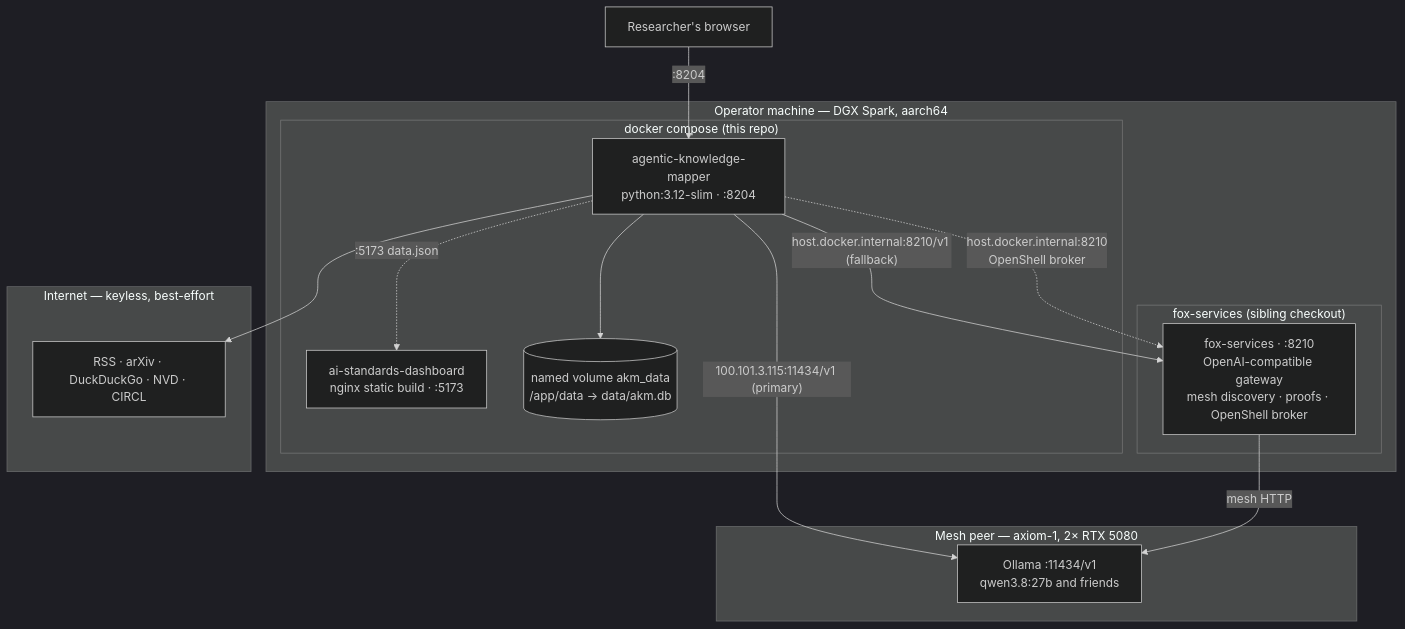
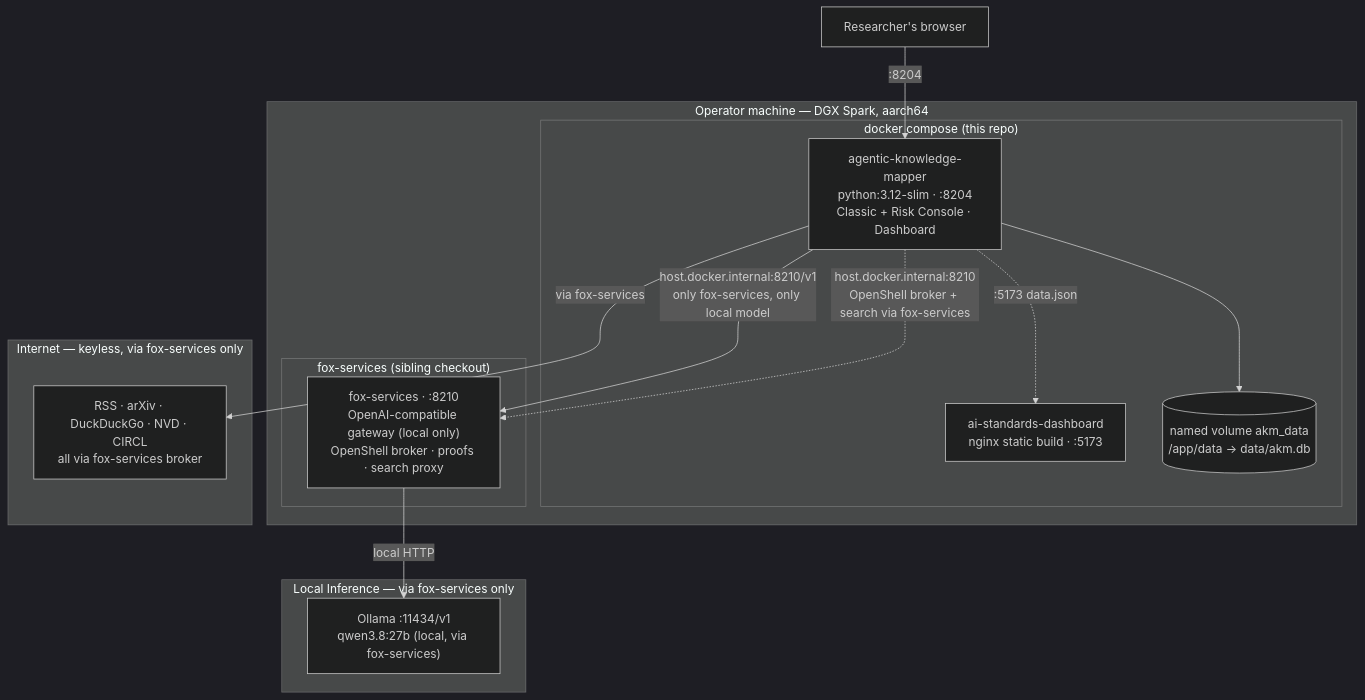
Before and after one commit to harishgovardhandamodar/agentic-knowledge-mapper: the third of 5 diagrams in design/01-system-context.md, drawn with Mermaid (dark theme). The commit also changed other lines of this file and 6 other files, not shown here.

First line of the commit message:
Docs/UML + Fox core toggle + switchable core docs

````diff
--- a/design/01-system-context.md
+++ b/design/01-system-context.md
@@ -120,29 +120,28 @@
 ```mermaid
 flowchart TB
     subgraph HOST["Operator machine — DGX Spark, aarch64"]
         subgraph COMPOSE["docker compose (this repo)"]
-            MAPPER["agentic-knowledge-mapper<br/>python:3.12-slim · :8204"]
+            MAPPER["agentic-knowledge-mapper<br/>python:3.12-slim · :8204<br/>Classic + Risk Console · Dashboard"]
             STD["ai-standards-dashboard<br/>nginx static build · :5173"]
             VOL[("named volume akm_data<br/>/app/data → data/akm.db")]
         end
         subgraph SIBLING["fox-services (sibling checkout)"]
-            FOX["fox-services · :8210<br/>OpenAI-compatible gateway<br/>mesh discovery · proofs · OpenShell broker"]
+            FOX["fox-services · :8210<br/>OpenAI-compatible gateway (local only)<br/>OpenShell broker · proofs · search proxy"]
         end
     end
-    subgraph PEER["Mesh peer — axiom-1, 2× RTX 5080"]
-        OLL["Ollama :11434/v1<br/>qwen3.8:27b and friends"]
+    subgraph LOCAL["Local Inference — via fox-services only"]
+        OLL["Ollama :11434/v1<br/>qwen3.8:27b (local, via fox-services)"]
     end
-    subgraph WAN["Internet — keyless, best-effort"]
-        FEEDS["RSS · arXiv · DuckDuckGo · NVD · CIRCL"]
+    subgraph WAN["Internet — keyless, via fox-services only"]
+        FEEDS["RSS · arXiv · DuckDuckGo · NVD · CIRCL<br/>all via fox-services broker"]
     end
     BROWSER["Researcher's browser"]
     BROWSER -->|":8204"| MAPPER
     MAPPER --> VOL
     MAPPER -.->|":5173 data.json"| STD
-    MAPPER -->|"100.101.3.115:11434/v1 (primary)"| OLL
-    MAPPER -->|"host.docker.internal:8210/v1 (fallback)"| FOX
-    MAPPER -.->|"host.docker.internal:8210<br/>OpenShell broker"| FOX
-    MAPPER --> FEEDS
-    FOX -->|"mesh HTTP"| OLL
+    MAPPER -->|"host.docker.internal:8210/v1<br/>only fox-services, only local model"| FOX
+    MAPPER -.->|"host.docker.internal:8210<br/>OpenShell broker + search via fox-services"| FOX
+    MAPPER -->|"via fox-services"| FEEDS
+    FOX -->|"local HTTP"| OLL
 
 ```
````
